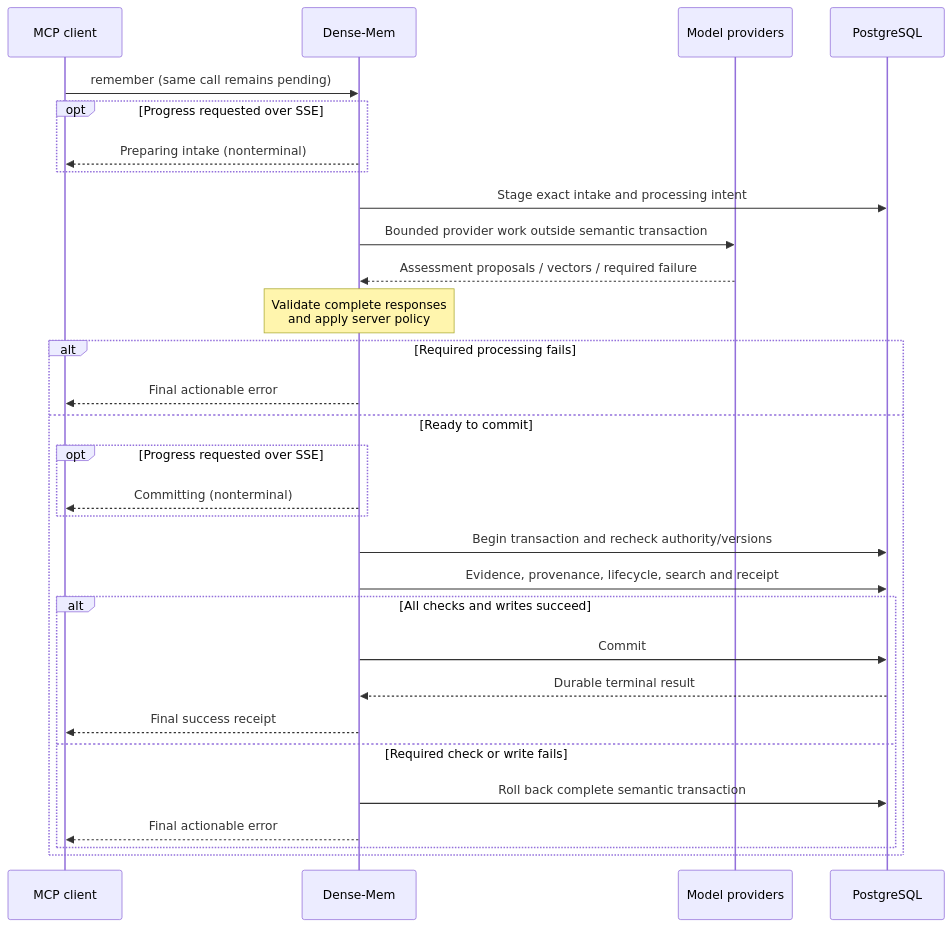
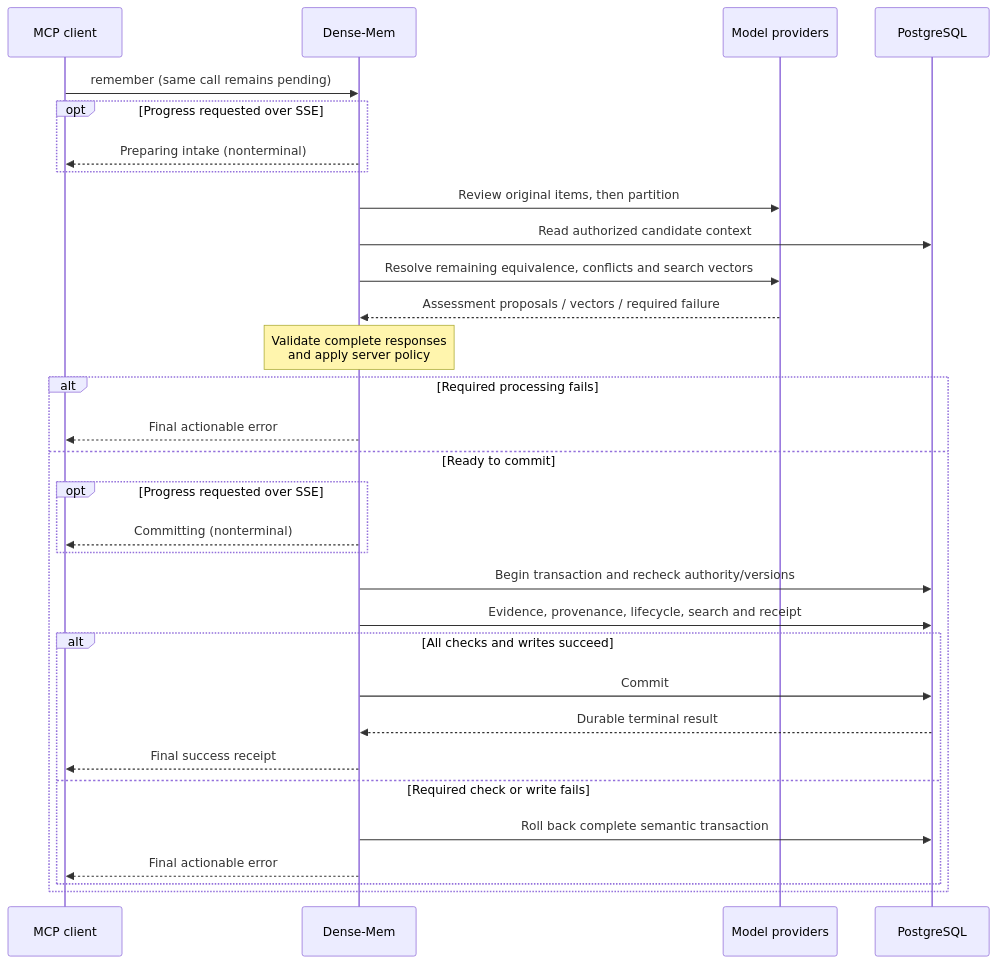
The second of 3 diagrams in Write-Pipeline.md (markhuangai/dense-mem), drawn with Mermaid before and after one commit. The commit also changed other lines of this file and 1 other file, not shown here.

Commit message:
Document Remember intake review and partitioning order

````diff
--- a/Write-Pipeline.md
+++ b/Write-Pipeline.md
@@ -51,33 +52,34 @@
 ```mermaid
 %%{init: {"sequence": {"rightAngles": true}}}%%
 sequenceDiagram
   participant Host as MCP client
   participant App as Dense-Mem
   participant AI as Model providers
   participant PG as PostgreSQL
   Host->>App: remember (same call remains pending)
   opt Progress requested over SSE
     App-->>Host: Preparing intake (nonterminal)
   end
-  App->>PG: Stage exact intake and processing intent
-  App->>AI: Bounded provider work outside semantic transaction
+  App->>AI: Review original items, then partition
+  App->>PG: Read authorized candidate context
+  App->>AI: Resolve remaining equivalence, conflicts and search vectors
   AI-->>App: Assessment proposals / vectors / required failure
   Note over App: Validate complete responses<br/>and apply server policy
   alt Required processing fails
     App-->>Host: Final actionable error
   else Ready to commit
     opt Progress requested over SSE
       App-->>Host: Committing (nonterminal)
     end
     App->>PG: Begin transaction and recheck authority/versions
     App->>PG: Evidence, provenance, lifecycle, search and receipt
     alt All checks and writes succeed
       App->>PG: Commit
       PG-->>App: Durable terminal result
       App-->>Host: Final success receipt
     else Required check or write fails
       App->>PG: Roll back complete semantic transaction
       App-->>Host: Final actionable error
     end
   end
 ```
````
